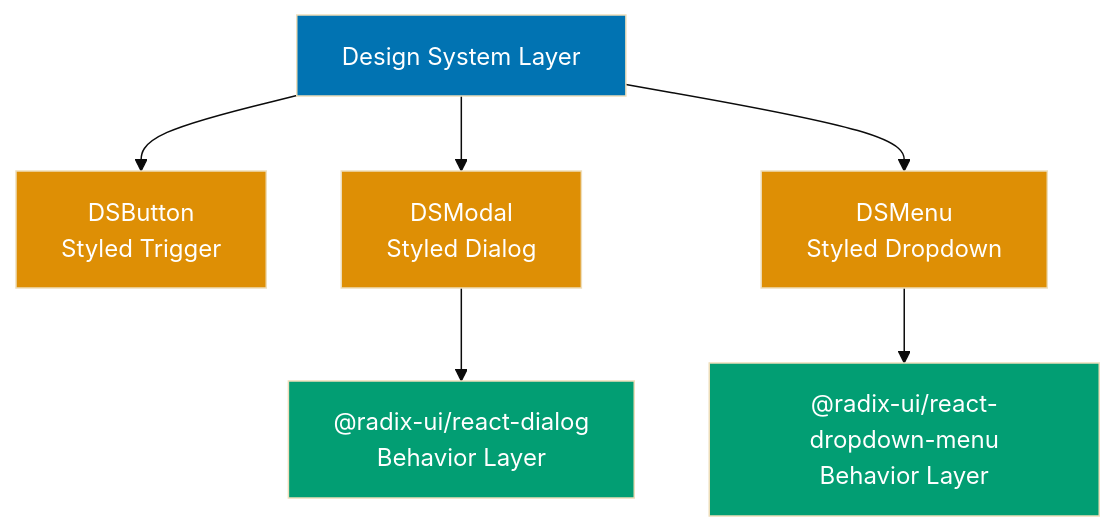
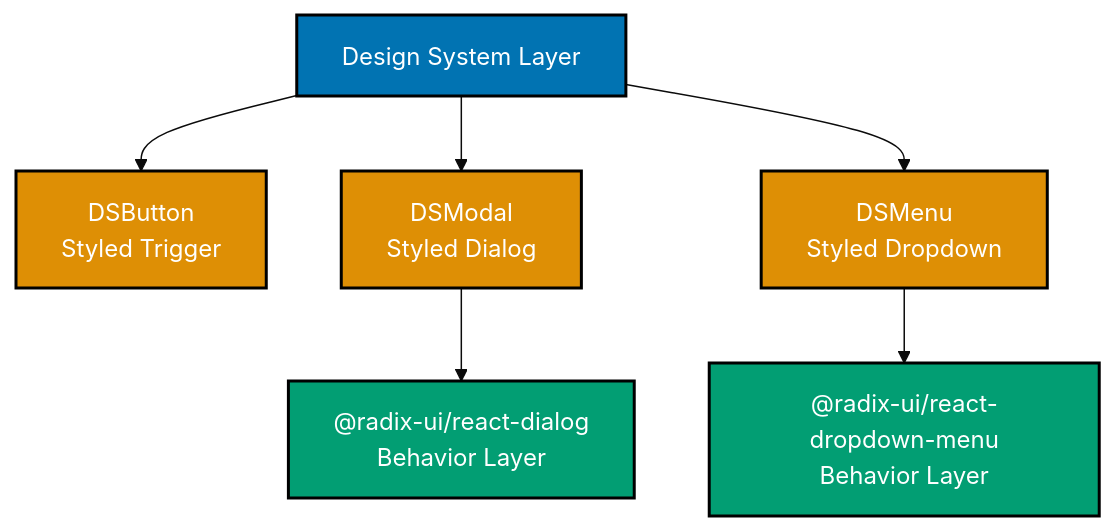
One commit to wahidyankf/open-sharia-enterprise changed the first of 2 diagrams in apps/ayokoding-web/content/en/learn/software-engineering/platform-web/tools/fe-radix-ui/by-example/advanced.md. Above: the diagram before and after it, drawn with Mermaid (base theme). The commit also changed other lines of this file and 13 other files, not shown here.

````diff
--- a/apps/ayokoding-web/content/en/learn/software-engineering/platform-web/tools/fe-radix-ui/by-example/advanced.md
+++ b/apps/ayokoding-web/content/en/learn/software-engineering/platform-web/tools/fe-radix-ui/by-example/advanced.md
@@ -18,16 +18,16 @@
 ```mermaid
 %% Color Palette: Blue #0173B2, Orange #DE8F05, Teal #029E73, Purple #CC78BC, Brown #CA9161
 graph TD
     DS["Design System Layer"] --> Button["DSButton<br/>Styled Trigger"]
     DS --> Modal["DSModal<br/>Styled Dialog"]
     DS --> Menu["DSMenu<br/>Styled Dropdown"]
     Modal --> Dialog["@radix-ui/react-dialog<br/>Behavior Layer"]
     Menu --> Dropdown["@radix-ui/react-dropdown-menu<br/>Behavior Layer"]
 
-    style DS fill:#0173B2,color:#fff
-    style Button fill:#DE8F05,color:#fff
-    style Modal fill:#DE8F05,color:#fff
-    style Menu fill:#DE8F05,color:#fff
-    style Dialog fill:#029E73,color:#fff
-    style Dropdown fill:#029E73,color:#fff
+    style DS fill:#0173B2,stroke:#000000,stroke-width:2px,color:#fff
+    style Button fill:#DE8F05,stroke:#000000,stroke-width:2px,color:#fff
+    style Modal fill:#DE8F05,stroke:#000000,stroke-width:2px,color:#fff
+    style Menu fill:#DE8F05,stroke:#000000,stroke-width:2px,color:#fff
+    style Dialog fill:#029E73,stroke:#000000,stroke-width:2px,color:#fff
+    style Dropdown fill:#029E73,stroke:#000000,stroke-width:2px,color:#fff
 ```
````
